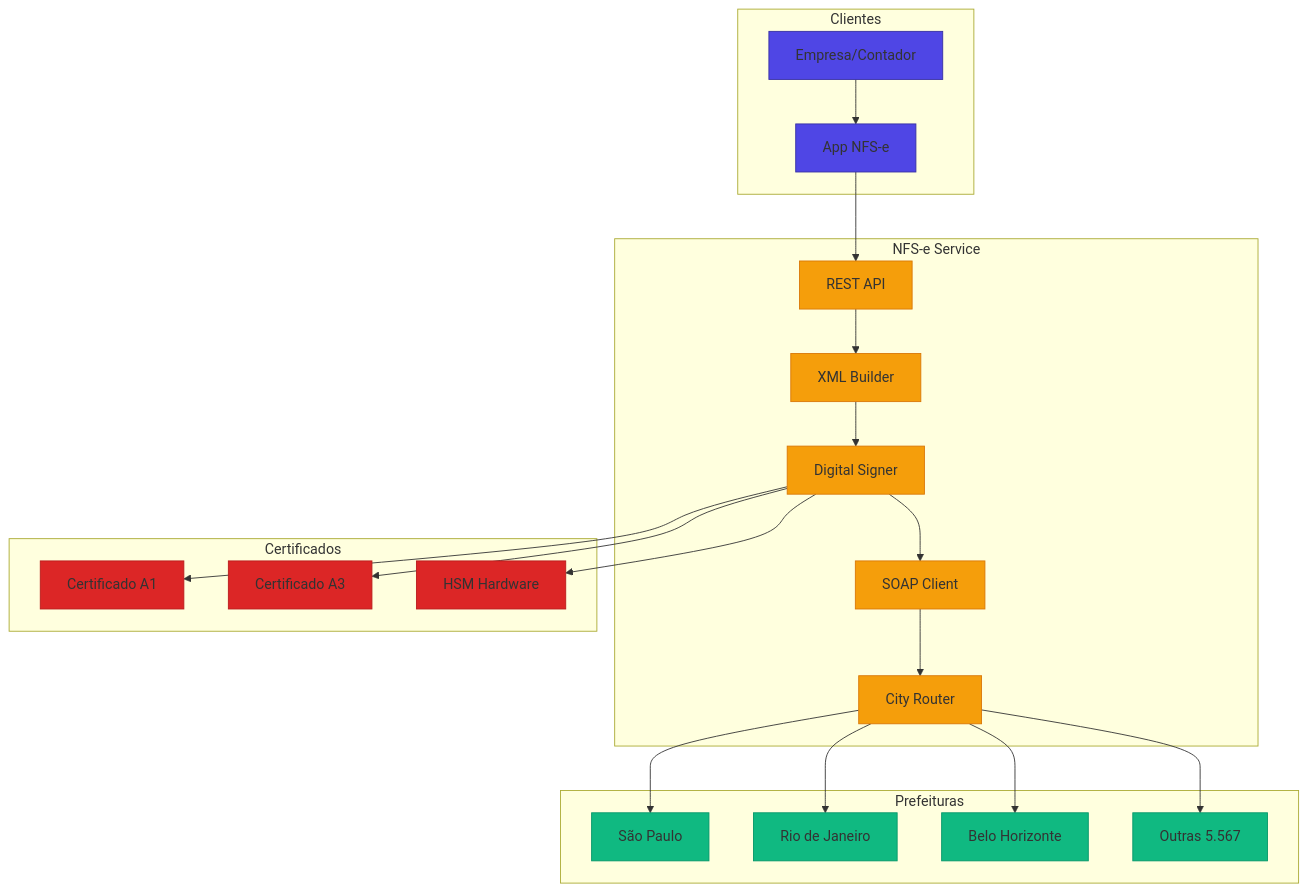
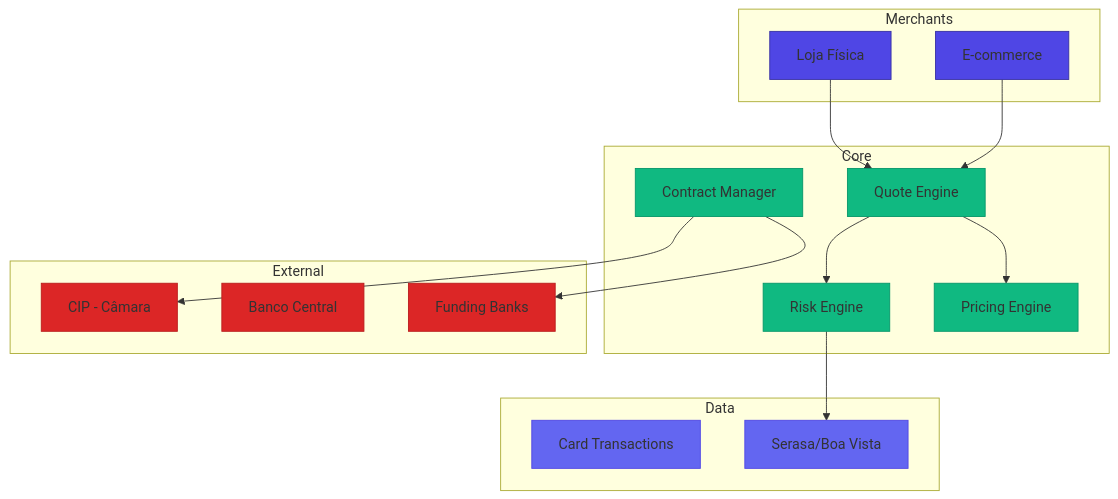
One commit to mateussiqueira/banking-stack changed the second of 2 diagrams in packages/docs/challenges/07-nfse.md. Above: the diagram before and after it, drawn with Mermaid. The commit also changed other lines of this file and 1 other file, not shown here.

````diff
--- a/packages/docs/challenges/07-nfse.md
+++ b/packages/docs/challenges/07-nfse.md
@@ -56,54 +79,43 @@
 ```mermaid
 graph TB
-    subgraph "Clientes"
-      EMP[Empresa/Contador]
-      APP[App NFS-e]
+    subgraph "Merchants"
+      M1[Loja Física]
+      M2[E-commerce]
     end
 
-    subgraph "NFS-e Service"
-      API[REST API]
-      BUILDER[XML Builder]
-      SIGNER[Digital Signer]
-      SOAP[SOAP Client]
-      ROUTER[City Router]
+    subgraph "Core"
+      QUOTE[Quote Engine]
+      RISK[Risk Engine]
+      PRICING[Pricing Engine]
+      CONTRACT[Contract Manager]
     end
 
-    subgraph "Certificados"
-      A1[Certificado A1]
-      A3[Certificado A3]
-      HSM[HSM Hardware]
+    subgraph "Data"
+      CARD_TX[Card Transactions]
+      CREDIT_BUREAU[Serasa/Boa Vista]
     end
 
-    subgraph "Prefeituras"
-      SP[São Paulo]
-      RJ[Rio de Janeiro]
-      BH[Belo Horizonte]
-      OUT[Outras 5.567]
+    subgraph "External"
+      CIP[CIP - Câmara]
+      BACEN[Banco Central]
+      FUNDING[Funding Banks]
     end
 
-    EMP --> APP
-    APP --> API
-    API --> BUILDER
-    BUILDER --> SIGNER
-    SIGNER --> SOAP
-    SOAP --> ROUTER
+    M1 --> QUOTE
+    M2 --> QUOTE
+    QUOTE --> RISK
+    QUOTE --> PRICING
+    RISK --> CREDIT_BUREAU
+    CONTRACT --> CIP
+    CONTRACT --> FUNDING
 
-    SIGNER --> A1
-    SIGNER --> A3
-    SIGNER --> HSM
+    classDef merchant fill:#4f46e5,stroke:#3730a3;
+    classDef core fill:#10b981,stroke:#059669;
+    classDef data fill:#6366f1,stroke:#4f46e5;
+    classDef external fill:#dc2626,stroke:#b91c1c;
 
-    ROUTER --> SP
-    ROUTER --> RJ
-    ROUTER --> BH
-    ROUTER --> OUT
-
-    classDef client fill:#4f46e5,stroke:#3730a3;
-    classDef service fill:#f59e0b,stroke:#d97706;
-    classDef cert fill:#dc2626,stroke:#b91c1c;
-    classDef city fill:#10b981,stroke:#059669;
-
-    class EMP,APP client;
-    class API,BUILDER,SIGNER,SOAP,ROUTER service;
-    class A1,A3,HSM cert;
-    class SP,RJ,BH,OUT city;
+    class M1,M2 merchant;
+    class QUOTE,RISK,PRICING,CONTRACT core;
+    class CARD_TX,CREDIT_BUREAU data;
+    class CIP,BACEN,FUNDING external;
 ```
````
